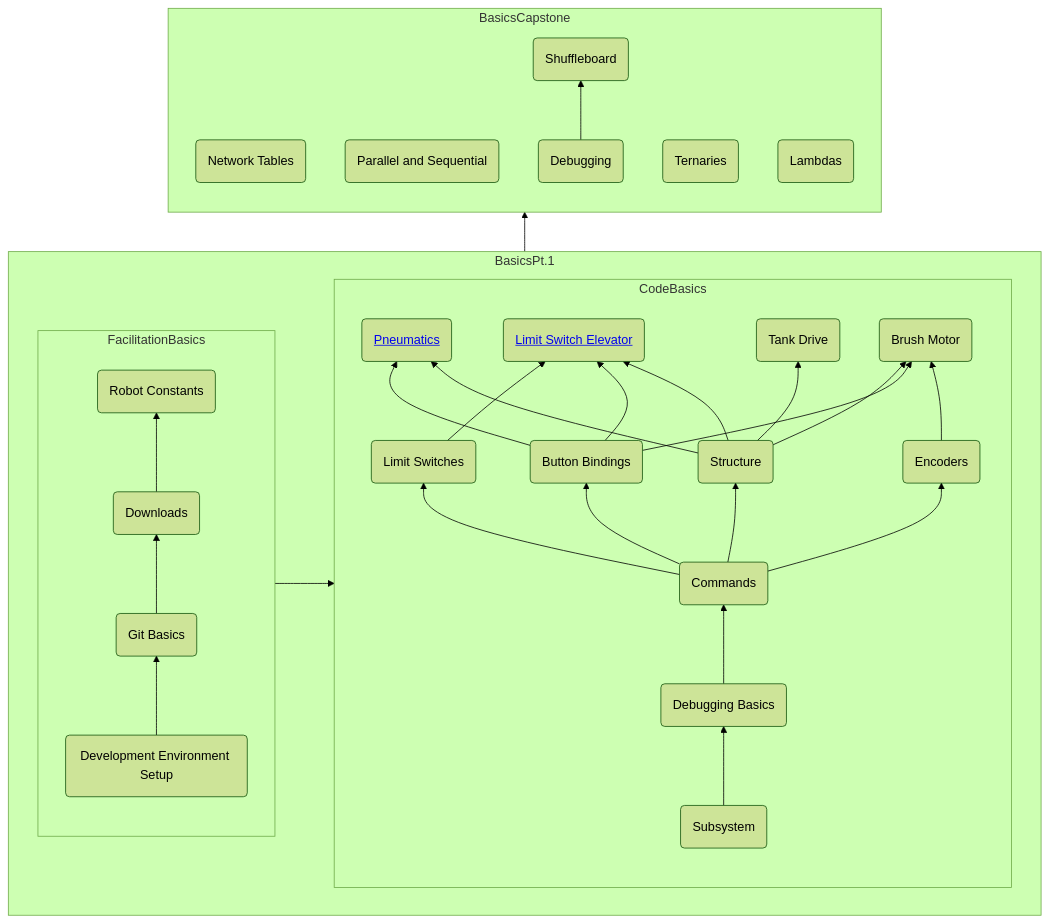
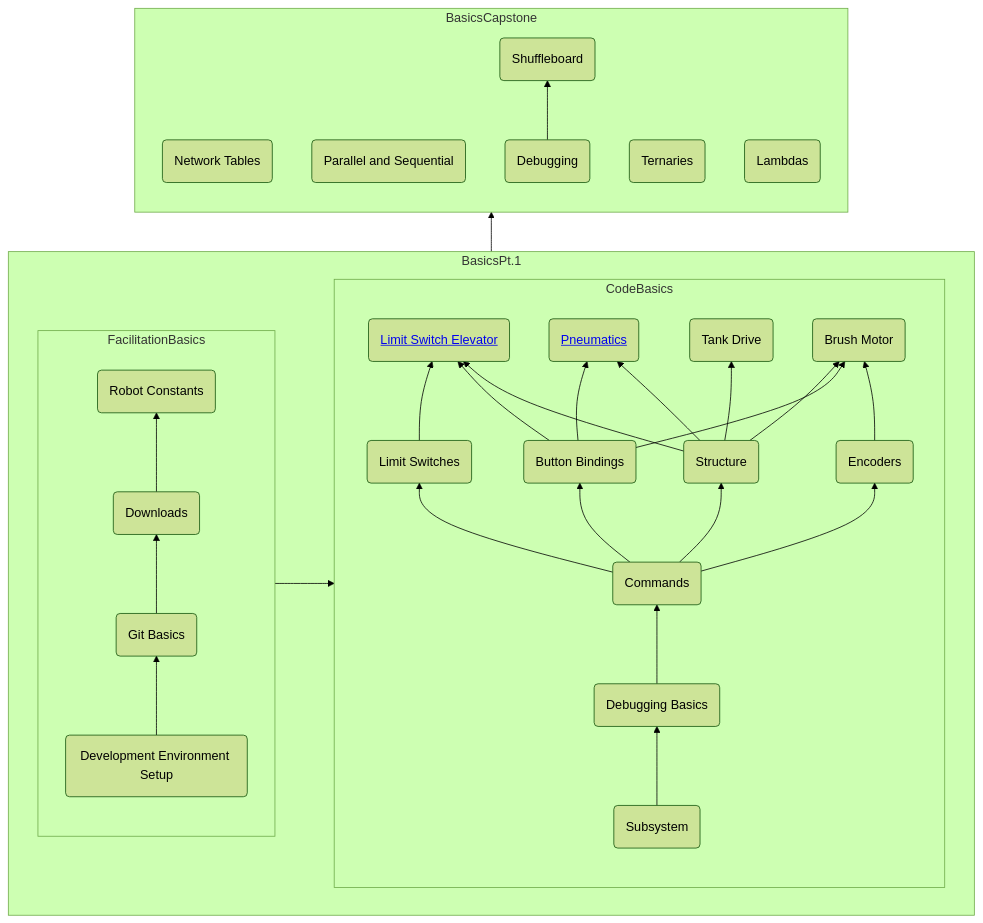
The diagram in README.md (Lakemonsters2635/training), drawn with Mermaid (forest theme) before and after one commit. The commit also changed other lines of this file, not shown here.

````diff
--- a/README.md
+++ b/README.md
@@ -7,41 +8,41 @@
 ```mermaid
     flowchart BT
     subgraph BasicsPt.1
         direction LR
         subgraph FacilitationBasics
             direction BT
             id0(Development Environment Setup)-->id1
             id1(Git Basics)-->id12(Downloads);
             id12-->id2(Robot Constants);
         end
         subgraph CodeBasics
             direction BT
             id11(Subsystem)-->id3(Debugging Basics);
             id3-->id4(Commands);
             id4-->id13(Structure);
             id4-->id5(Button Bindings);
             id4-->id14(Encoders);
             id4-->id6(Limit Switches);
+            id13-->A(<a href='https://github.com/Lakemonsters2635/ElevatorBase'>Limit Switch Elevator</a>);
             id13-->B(<a href='https://github.com/Lakemonsters2635/pneumatics_base'>Pneumatics</a>);
             id5-->B;
-            id13-->A(<a href='https://github.com/Lakemonsters2635/ElevatorBase'>Limit Switch Elevator</a>);
             id5-->A;
             id6-->A;
             id13-->id8(Tank Drive);
             id14-->id9(Brush Motor);
             id5-->id9;
             id13-->id9;
         end
     end
     subgraph BasicsCapstone
         direction BT
             id10(Network Tables)~~~id19(Shuffleboard);
             id15(Parallel and Sequential)~~~id19;
             id16(Debugging)-->id19;
             id17(Ternaries)~~~id19;
             id18(Lambdas)~~~id19;
     end
     FacilitationBasics-->CodeBasics;
     BasicsPt.1-->BasicsCapstone;
     
 ```
````
